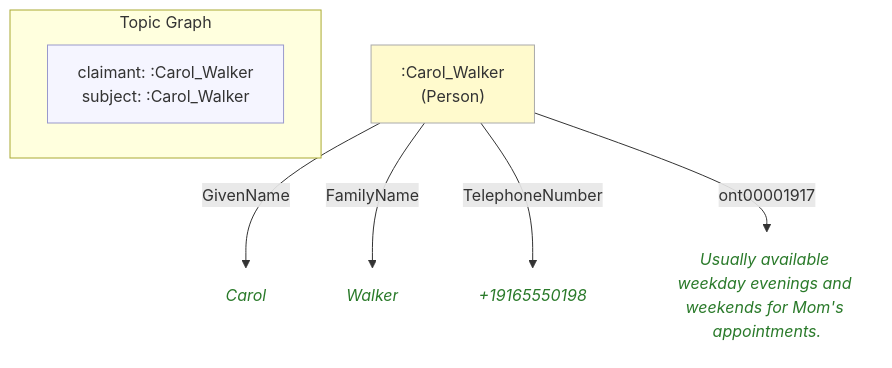
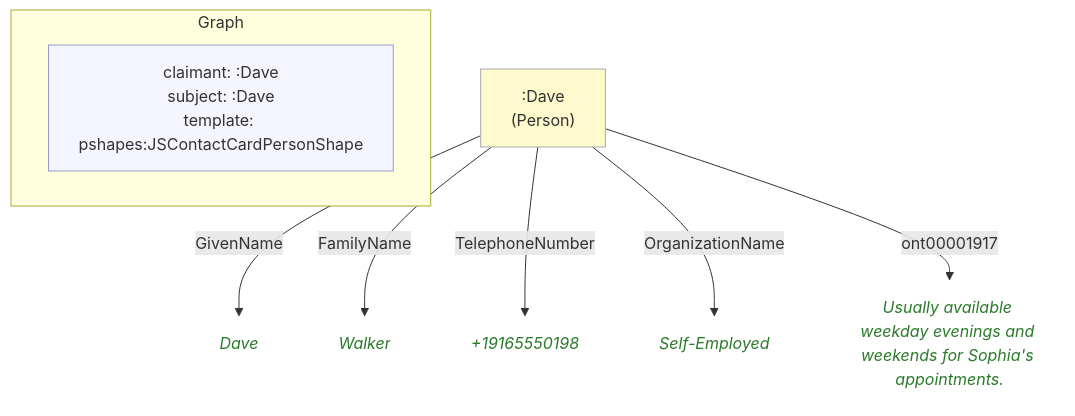
One commit to MeeFoundation/mia-ontologies changed the diagram in example/graphs/images/graph-28.mmd. Above: the diagram before and after it, drawn with Mermaid. The commit also changed 114 other files, not shown here.

```diff
--- a/example/graphs/images/graph-28.mmd
+++ b/example/graphs/images/graph-28.mmd
@@ -1,22 +1,23 @@
 flowchart TD
     classDef person fill:#fffacd,stroke:#aaa,color:#333
-    classDef grp    fill:#d4edda,stroke:#aaa,color:#333
     classDef org    fill:#cce5ff,stroke:#aaa,color:#333
     classDef lit    fill:none,stroke:none,font-style:italic,color:#2a7a2a
     classDef meta   fill:#f5f5ff,stroke:#9999cc,color:#333
 
-    subgraph ctx["Topic Graph"]
+    subgraph ctx["Graph"]
         direction LR
-        ctx_meta["claimant: :Carol_Walker\nsubject: :Carol_Walker"]:::meta
+        ctx_meta["claimant: :Dave\nsubject: :Dave\ntemplate: pshapes:JSContactCardPersonShape"]:::meta
     end
 
-    n4c1f2977b9f4[":Carol_Walker\n(Person)"]:::person
-    n84c99710413b("Carol"):::lit
-    nda96e293b3fc("Walker"):::lit
-    n1fe334e72fa6("+19165550198"):::lit
-    n2d2015c28a9d("Usually available weekday evenings and weekends for Mom's appointments."):::lit
+    n1c28f5f47932[":Dave\n(Person)"]:::person
+    n7d2f8ea63606("Dave"):::lit
+    na85376e10af6("Walker"):::lit
+    n9b42d260012e("+19165550198"):::lit
+    n547590c11b52("Self-Employed"):::lit
+    n64215bb79bb5("Usually available weekday evenings and weekends for Sophia's appointments."):::lit
 
-    n4c1f2977b9f4 -->|"GivenName"| n84c99710413b
-    n4c1f2977b9f4 -->|"FamilyName"| nda96e293b3fc
-    n4c1f2977b9f4 -->|"TelephoneNumber"| n1fe334e72fa6
-    n4c1f2977b9f4 -->|"ont00001917"| n2d2015c28a9d
+    n1c28f5f47932 -->|"GivenName"| n7d2f8ea63606
+    n1c28f5f47932 -->|"FamilyName"| na85376e10af6
+    n1c28f5f47932 -->|"TelephoneNumber"| n9b42d260012e
+    n1c28f5f47932 -->|"OrganizationName"| n547590c11b52
+    n1c28f5f47932 -->|"ont00001917"| n64215bb79bb5
```
